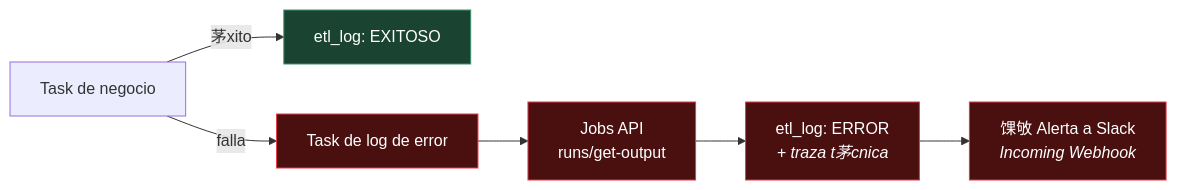
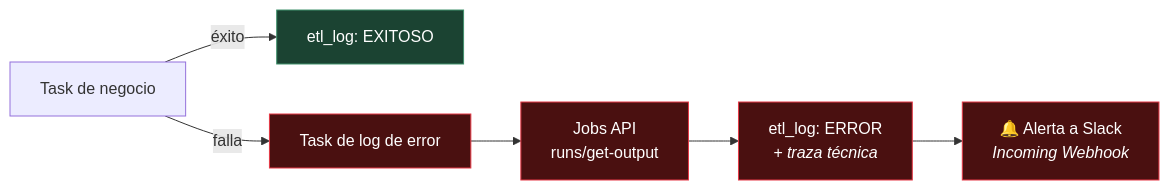
The third of 3 diagrams in README.md (Josuhe-DataEngineering/DataBricks-PySpark-Extract-Performance-Logistico-DataCo), drawn with Mermaid before and after one commit. The commit also changed other lines of this file, not shown here.

````diff
--- a/README.md
+++ b/README.md
@@ -266,13 +267,13 @@
 ```mermaid
 flowchart LR
-    T["Task de negocio"] -->|茅xito| OK["etl_log: EXITOSO"]
+    T["Task de negocio"] -->|éxito| OK["etl_log: EXITOSO"]
     T -->|falla| ERR["Task de log de error"]
     ERR --> API["Jobs API<br/>runs/get-output"]
-    API --> LOG["etl_log: ERROR<br/><i>+ traza t茅cnica</i>"]
-    LOG --> SLACK["馃敂 Alerta a Slack<br/><i>Incoming Webhook</i>"]
+    API --> LOG["etl_log: ERROR<br/><i>+ traza técnica</i>"]
+    LOG --> SLACK["🔔 Alerta a Slack<br/><i>Incoming Webhook</i>"]
 
     classDef ok fill:#1B4332,stroke:#40916C,color:#fff
     classDef err fill:#4A1010,stroke:#E63946,color:#fff
     class OK ok
     class ERR,API,LOG,SLACK err
 ```
````
